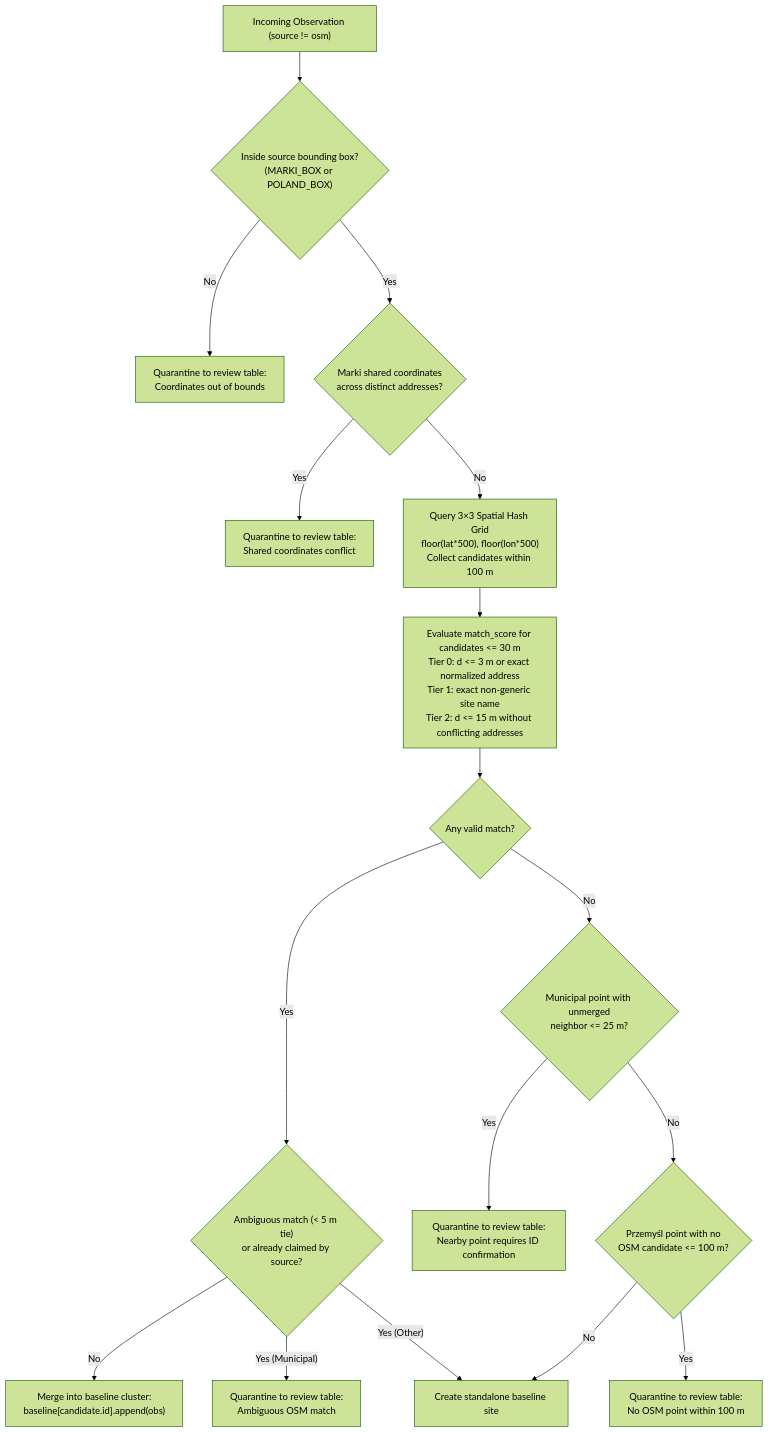
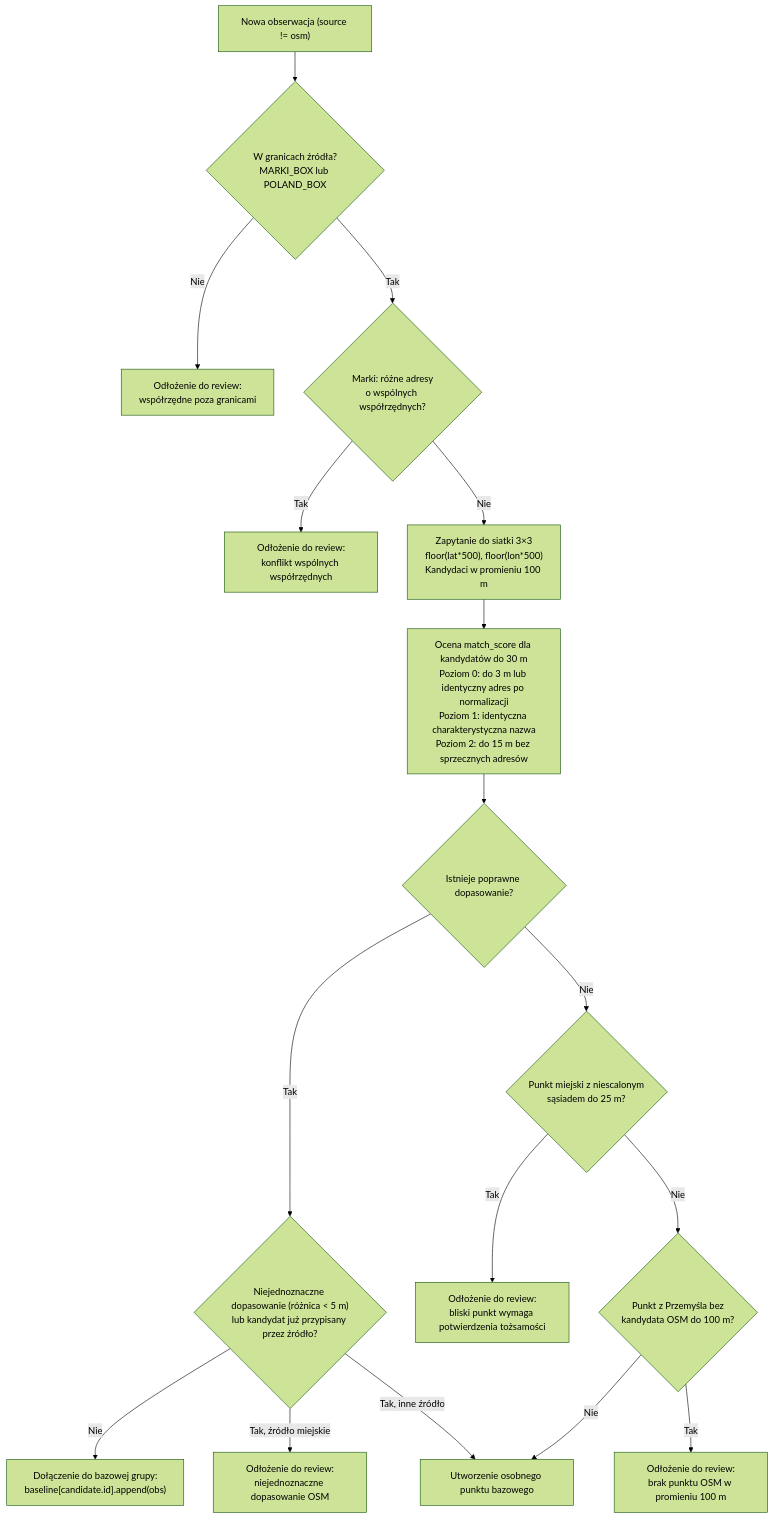
One commit to RodrigoGaluppo/HACK_NATION_Serce_Okolicy changed the third of 6 diagrams in README.md. Above: the diagram before and after it, drawn with Mermaid (forest theme). The commit also changed other lines of this file, not shown here.

````diff
--- a/README.md
+++ b/README.md
@@ -457,19 +487,19 @@
 ```mermaid
 flowchart TD
-  IN["Incoming Observation (source != osm)"] --> BOX{"Inside source bounding box?\n(MARKI_BOX or POLAND_BOX)"}
-  BOX -- "No" --> Q1["Quarantine to review table:\nCoordinates out of bounds"]
-  BOX -- "Yes" --> DUP{"Marki shared coordinates\nacross distinct addresses?"}
-  DUP -- "Yes" --> Q2["Quarantine to review table:\nShared coordinates conflict"]
-  DUP -- "No" --> GRID["Query 3×3 Spatial Hash Grid\nfloor(lat*500), floor(lon*500)\nCollect candidates within 100 m"]
-  GRID --> CAND["Evaluate match_score for candidates <= 30 m\nTier 0: d <= 3 m or exact normalized address\nTier 1: exact non-generic site name\nTier 2: d <= 15 m without conflicting addresses"]
-  CAND --> HASM{"Any valid match?"}
-  HASM -- "Yes" --> AMB{"Ambiguous match (< 5 m tie)\nor already claimed by source?"}
-  AMB -- "No" --> MERGE["Merge into baseline cluster:\nbaseline[candidate.id].append(obs)"]
-  AMB -- "Yes (Municipal)" --> Q3["Quarantine to review table:\nAmbiguous OSM match"]
-  AMB -- "Yes (Other)" --> NEW["Create standalone baseline site"]
-  HASM -- "No" --> NEAR{"Municipal point with unmerged\nneighbor <= 25 m?"}
-  NEAR -- "Yes" --> Q4["Quarantine to review table:\nNearby point requires ID confirmation"]
-  NEAR -- "No" --> ORPH{"Przemyśl point with no\nOSM candidate <= 100 m?"}
-  ORPH -- "Yes" --> Q5["Quarantine to review table:\nNo OSM point within 100 m"]
-  ORPH -- "No" --> NEW
+  IN["Nowa obserwacja (source != osm)"] --> BOX{"W granicach źródła?\nMARKI_BOX lub POLAND_BOX"}
+  BOX -- "Nie" --> Q1["Odłożenie do review:\nwspółrzędne poza granicami"]
+  BOX -- "Tak" --> DUP{"Marki: różne adresy\no wspólnych współrzędnych?"}
+  DUP -- "Tak" --> Q2["Odłożenie do review:\nkonflikt wspólnych współrzędnych"]
+  DUP -- "Nie" --> GRID["Zapytanie do siatki 3×3\nfloor(lat*500), floor(lon*500)\nKandydaci w promieniu 100 m"]
+  GRID --> CAND["Ocena match_score dla kandydatów do 30 m\nPoziom 0: do 3 m lub identyczny adres po normalizacji\nPoziom 1: identyczna charakterystyczna nazwa\nPoziom 2: do 15 m bez sprzecznych adresów"]
+  CAND --> HASM{"Istnieje poprawne dopasowanie?"}
+  HASM -- "Tak" --> AMB{"Niejednoznaczne dopasowanie (różnica < 5 m)\nlub kandydat już przypisany przez źródło?"}
+  AMB -- "Nie" --> MERGE["Dołączenie do bazowej grupy:\nbaseline[candidate.id].append(obs)"]
+  AMB -- "Tak, źródło miejskie" --> Q3["Odłożenie do review:\nniejednoznaczne dopasowanie OSM"]
+  AMB -- "Tak, inne źródło" --> NEW["Utworzenie osobnego punktu bazowego"]
+  HASM -- "Nie" --> NEAR{"Punkt miejski z niescalonym\nsąsiadem do 25 m?"}
+  NEAR -- "Tak" --> Q4["Odłożenie do review:\nbliski punkt wymaga potwierdzenia tożsamości"]
+  NEAR -- "Nie" --> ORPH{"Punkt z Przemyśla bez\nkandydata OSM do 100 m?"}
+  ORPH -- "Tak" --> Q5["Odłożenie do review:\nbrak punktu OSM w promieniu 100 m"]
+  ORPH -- "Nie" --> NEW
 ```
````
